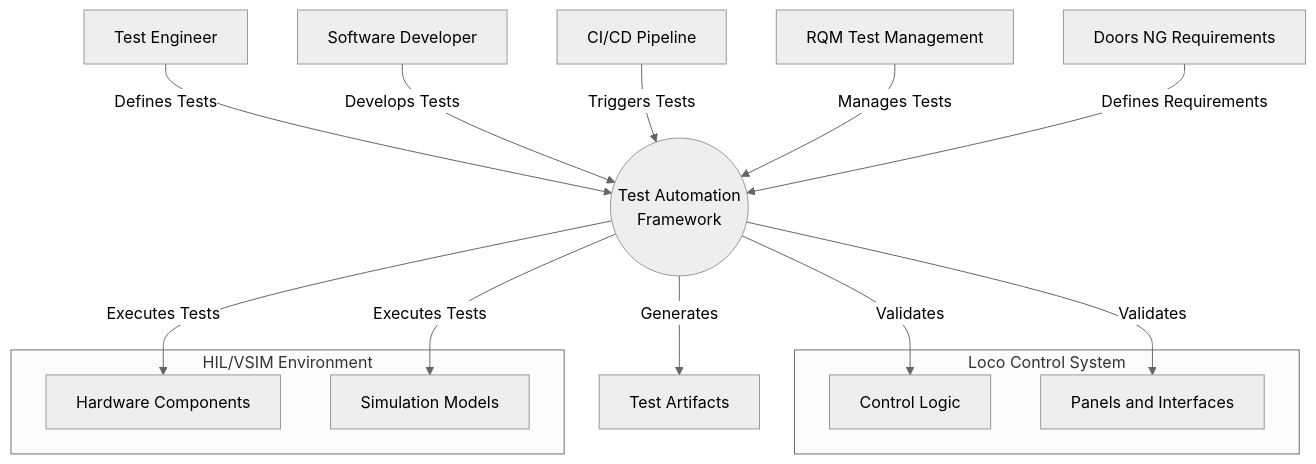
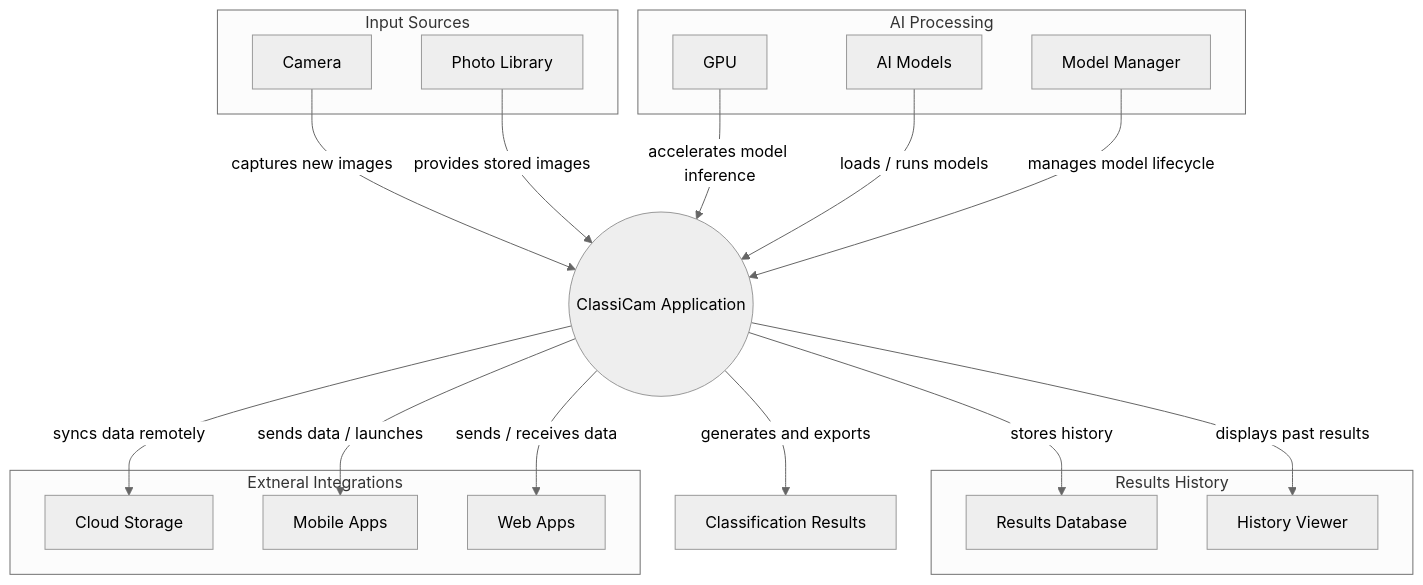
Before and after one commit to glwagnerii/sweng-894-capstone: the diagram in docs/architecture/md/2.2-context.md, drawn with Mermaid (neutral theme). The commit also changed other lines of this file and 6 other files, not shown here.

Commit message:
update section 2 of architecture

````diff
--- a/docs/architecture/md/2.2-context.md
+++ b/docs/architecture/md/2.2-context.md
@@ -6,25 +6,41 @@
 ```mermaid
 graph TB
-    TAF((Test Automation\nFramework)) --> |Executes Tests| Hardware
-    TAF --> |Executes Tests| Simulation
-    TAF --> |Validates| ControlLogic
-    TAF --> |Validates| UI
-    TAF --> |Generates| TestArtifacts
 
-    subgraph Loco Control System
-        ControlLogic[Control Logic]
-        UI[Panels and Interfaces]
+    subgraph Input Sources
+        camera[Camera]
+        photo_lib[Photo Library]
     end
+    camera --> |captures new images| ClassiCam
+    photo_lib --> |provides stored images| ClassiCam
 
-    subgraph HIL/VSIM Environment
-        Hardware[Hardware Components]
-        Simulation[Simulation Models]
+    subgraph AI Processing
+        gpu[GPU]
+        ai_model[AI Models]
+        model_mgr[Model Manager]
     end
+    gpu --> |accelerates model inference| ClassiCam
+    ai_model --> |loads / runs models| ClassiCam
+    model_mgr --> |manages model lifecycle| ClassiCam
 
-    TestEngineer[Test Engineer] --> |Defines Tests| TAF
-    Developer[Software Developer] --> |Develops Tests| TAF
-    CICD[CI/CD Pipeline] --> |Triggers Tests| TAF
-    TestManagement[RQM Test Management] --> |Manages Tests| TAF
-    Requirements[Doors NG Requirements] --> |Defines Requirements| TAF
-    TestArtifacts[Test Artifacts]
+    ClassiCam((ClassiCam Application))
+
+    results[Classification Results]
+    ClassiCam --> |generates and exports| results
+
+    subgraph Results History
+        results_db[Results Database]
+        hist_viewer[History Viewer]
+    end
+    ClassiCam --> |stores history| results_db
+    ClassiCam --> |displays past results| hist_viewer
+
+    subgraph Extneral Integrations
+        cloud[Cloud Storage]
+        mobile_app[Mobile Apps]
+        web_app[Web Apps]
+    end
+    ClassiCam --> |syncs data remotely| cloud
+    ClassiCam --> |sends data / launches| mobile_app
+    ClassiCam --> |sends / receives data| web_app
+
 ```
````
